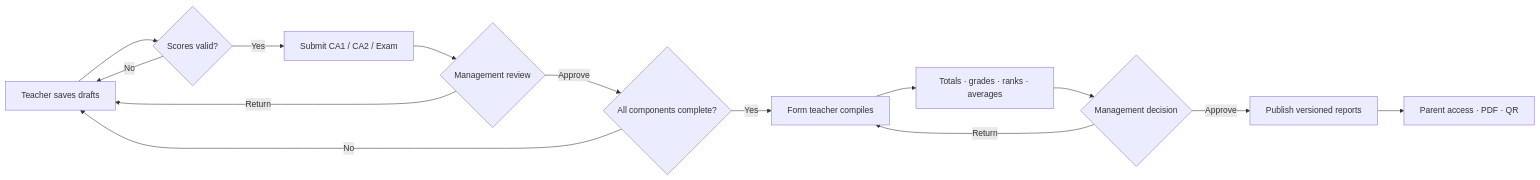
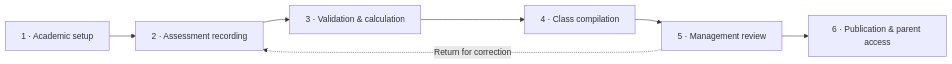
Before and after one commit to Ogbunugafor-Philip/Student-Academic-Intelligence-Reporting-System-SAIRS-: the second of 2 diagrams in README.md, drawn with Mermaid. The commit also changed other lines of this file and 2 other files, not shown here.

````diff
--- a/README.md
+++ b/README.md
@@ -134,16 +106,9 @@
 ```mermaid
 flowchart LR
-  D[Teacher saves drafts] --> V{Scores valid?}
-  V -- No --> D
-  V -- Yes --> S[Submit CA1 / CA2 / Exam]
-  S --> R{Management review}
-  R -- Return --> D
-  R -- Approve --> G{All components complete?}
-  G -- No --> D
-  G -- Yes --> C[Form teacher compiles]
-  C --> X[Totals · grades · ranks · averages]
-  X --> A{Management decision}
-  A -- Return --> C
-  A -- Approve --> P[Publish versioned reports]
-  P --> Q[Parent access · PDF · QR]
+  S1[1 · Academic setup] --> S2[2 · Assessment recording]
+  S2 --> S3[3 · Validation & calculation]
+  S3 --> S4[4 · Class compilation]
+  S4 --> S5[5 · Management review]
+  S5 --> S6[6 · Publication & parent access]
+  S5 -. Return for correction .-> S2
 ```
````
